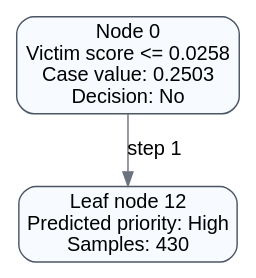
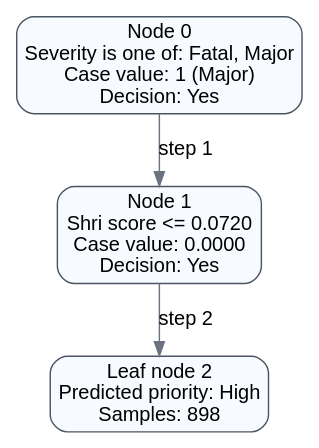
The diagram in case_priority_system/decision_graphs/Fictional_Case_Report_Test_decision_path.dot (The-Yesh21/Anavaya-back-end), drawn with Graphviz before and after one commit. The commit also changed 40 other files, not shown here.

First line of the commit message:
Add CLAUDE.md, courtroom data, and new case ANV-2026-0004 with updated decision graphs

```diff
--- a/case_priority_system/decision_graphs/Fictional_Case_Report_Test_decision_path.dot
+++ b/case_priority_system/decision_graphs/Fictional_Case_Report_Test_decision_path.dot
@@ -1,8 +1,10 @@
 digraph DecisionPath {
   rankdir=TB;
   node [shape=box, style="rounded,filled", fillcolor="#F7FBFF", color="#4B5563", fontname="Arial"];
   edge [color="#6B7280", fontname="Arial"];
-  n0 [label="Node 0\nVictim score <= 0.0258\nCase value: 0.2503\nDecision: No"];
-  n12 [label="Leaf node 12\nPredicted priority: High\nSamples: 430"];
-  n0 -> n12 [label="step 1"];
+  n0 [label="Node 0\nSeverity is one of: Fatal, Major\nCase value: 1 (Major)\nDecision: Yes"];
+  n1 [label="Node 1\nShri score <= 0.0720\nCase value: 0.0000\nDecision: Yes"];
+  n0 -> n1 [label="step 1"];
+  n2 [label="Leaf node 2\nPredicted priority: High\nSamples: 898"];
+  n1 -> n2 [label="step 2"];
 }
```
